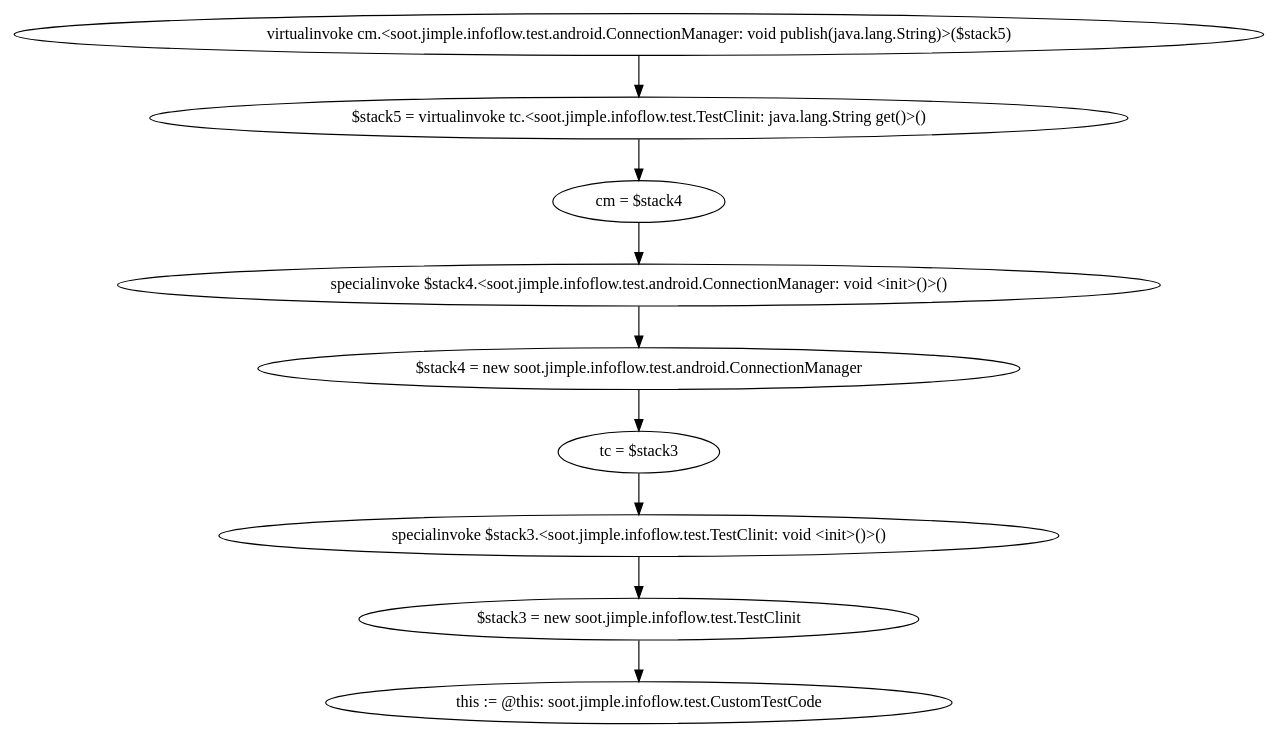
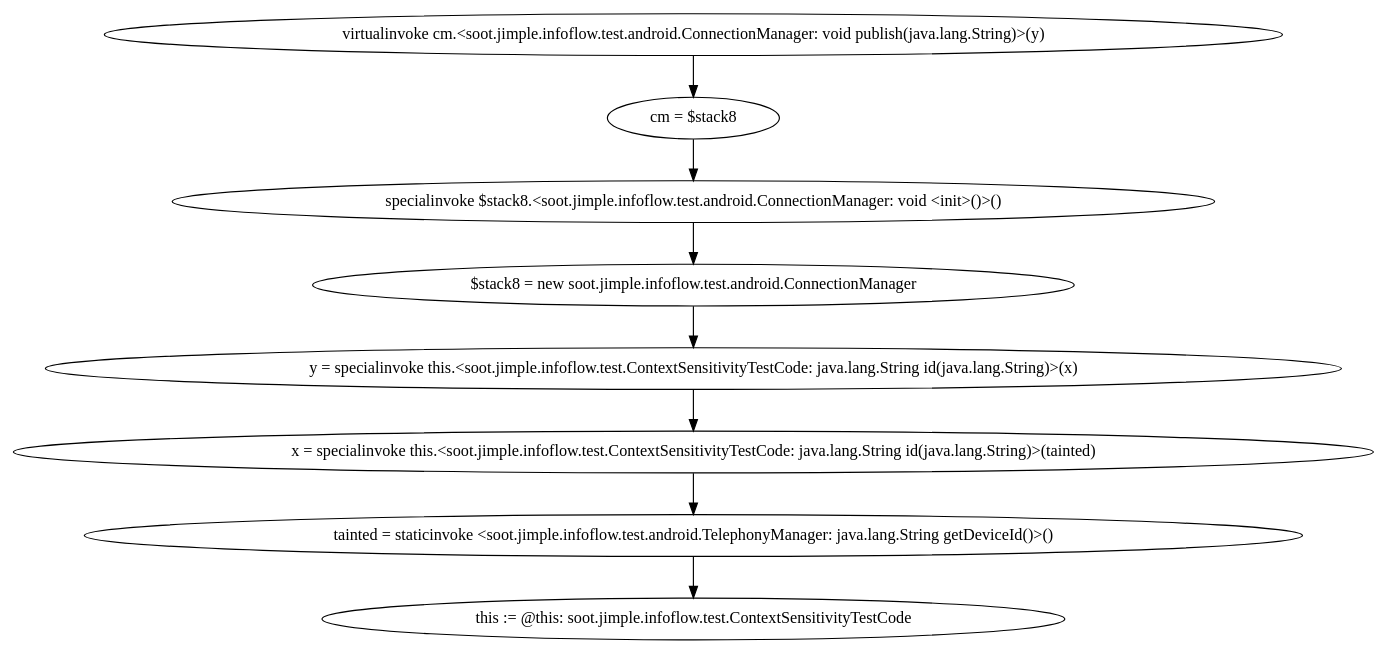
Before and after one commit to t1mlange/FlowDroid: the diagram in soot-infoflow/dotfiles/0.dot, drawn with Graphviz. The commit also changed 3 other files, not shown here.

```diff
--- a/soot-infoflow/dotfiles/0.dot
+++ b/soot-infoflow/dotfiles/0.dot
@@ -1,19 +1,17 @@
 digraph "" {
-    "virtualinvoke cm.<soot.jimple.infoflow.test.android.ConnectionManager: void publish(java.lang.String)>($stack5)"
-    "$stack5 = virtualinvoke tc.<soot.jimple.infoflow.test.TestClinit: java.lang.String get()>()"
-    "virtualinvoke cm.<soot.jimple.infoflow.test.android.ConnectionManager: void publish(java.lang.String)>($stack5)"->"$stack5 = virtualinvoke tc.<soot.jimple.infoflow.test.TestClinit: java.lang.String get()>()";
-    "cm = $stack4"
-    "$stack5 = virtualinvoke tc.<soot.jimple.infoflow.test.TestClinit: java.lang.String get()>()"->"cm = $stack4";
-    "specialinvoke $stack4.<soot.jimple.infoflow.test.android.ConnectionManager: void <init>()>()"
-    "cm = $stack4"->"specialinvoke $stack4.<soot.jimple.infoflow.test.android.ConnectionManager: void <init>()>()";
-    "$stack4 = new soot.jimple.infoflow.test.android.ConnectionManager"
-    "specialinvoke $stack4.<soot.jimple.infoflow.test.android.ConnectionManager: void <init>()>()"->"$stack4 = new soot.jimple.infoflow.test.android.ConnectionManager";
-    "tc = $stack3"
-    "$stack4 = new soot.jimple.infoflow.test.android.ConnectionManager"->"tc = $stack3";
-    "specialinvoke $stack3.<soot.jimple.infoflow.test.TestClinit: void <init>()>()"
-    "tc = $stack3"->"specialinvoke $stack3.<soot.jimple.infoflow.test.TestClinit: void <init>()>()";
-    "$stack3 = new soot.jimple.infoflow.test.TestClinit"
-    "specialinvoke $stack3.<soot.jimple.infoflow.test.TestClinit: void <init>()>()"->"$stack3 = new soot.jimple.infoflow.test.TestClinit";
-    "this := @this: soot.jimple.infoflow.test.CustomTestCode"
-    "$stack3 = new soot.jimple.infoflow.test.TestClinit"->"this := @this: soot.jimple.infoflow.test.CustomTestCode";
+    "virtualinvoke cm.<soot.jimple.infoflow.test.android.ConnectionManager: void publish(java.lang.String)>(y)"
+    "cm = $stack8"
+    "virtualinvoke cm.<soot.jimple.infoflow.test.android.ConnectionManager: void publish(java.lang.String)>(y)"->"cm = $stack8";
+    "specialinvoke $stack8.<soot.jimple.infoflow.test.android.ConnectionManager: void <init>()>()"
+    "cm = $stack8"->"specialinvoke $stack8.<soot.jimple.infoflow.test.android.ConnectionManager: void <init>()>()";
+    "$stack8 = new soot.jimple.infoflow.test.android.ConnectionManager"
+    "specialinvoke $stack8.<soot.jimple.infoflow.test.android.ConnectionManager: void <init>()>()"->"$stack8 = new soot.jimple.infoflow.test.android.ConnectionManager";
+    "y = specialinvoke this.<soot.jimple.infoflow.test.ContextSensitivityTestCode: java.lang.String id(java.lang.String)>(x)"
+    "$stack8 = new soot.jimple.infoflow.test.android.ConnectionManager"->"y = specialinvoke this.<soot.jimple.infoflow.test.ContextSensitivityTestCode: java.lang.String id(java.lang.String)>(x)";
+    "x = specialinvoke this.<soot.jimple.infoflow.test.ContextSensitivityTestCode: java.lang.String id(java.lang.String)>(tainted)"
+    "y = specialinvoke this.<soot.jimple.infoflow.test.ContextSensitivityTestCode: java.lang.String id(java.lang.String)>(x)"->"x = specialinvoke this.<soot.jimple.infoflow.test.ContextSensitivityTestCode: java.lang.String id(java.lang.String)>(tainted)";
+    "tainted = staticinvoke <soot.jimple.infoflow.test.android.TelephonyManager: java.lang.String getDeviceId()>()"
+    "x = specialinvoke this.<soot.jimple.infoflow.test.ContextSensitivityTestCode: java.lang.String id(java.lang.String)>(tainted)"->"tainted = staticinvoke <soot.jimple.infoflow.test.android.TelephonyManager: java.lang.String getDeviceId()>()";
+    "this := @this: soot.jimple.infoflow.test.ContextSensitivityTestCode"
+    "tainted = staticinvoke <soot.jimple.infoflow.test.android.TelephonyManager: java.lang.String getDeviceId()>()"->"this := @this: soot.jimple.infoflow.test.ContextSensitivityTestCode";
 }
```
